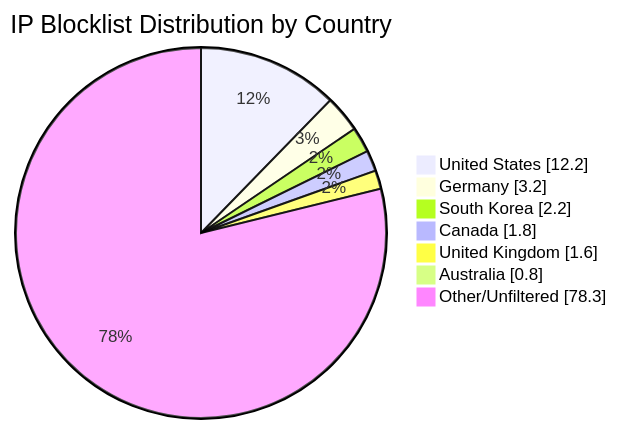
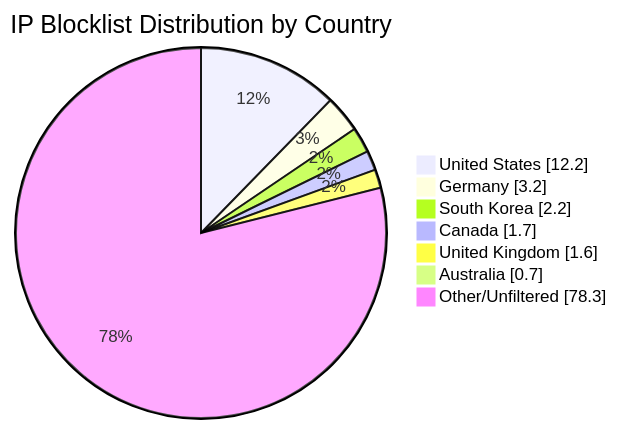
Before and after one commit to MarcusHoltz/ipblocklist-geofiltered-aggregator: the diagram in README.md, drawn with Mermaid. The commit also changed other lines of this file and 9 other files, not shown here.

````diff
--- a/README.md
+++ b/README.md
@@ -34,10 +34,10 @@
 ```mermaid
 pie showData title IP Blocklist Distribution by Country
 "United States" : 12.2
 "Germany" : 3.2
 "South Korea" : 2.2
-"Canada" : 1.8
+"Canada" : 1.7
 "United Kingdom" : 1.6
-"Australia" : 0.8
+"Australia" : 0.7
 "Other/Unfiltered" : 78.3
 ```
````
